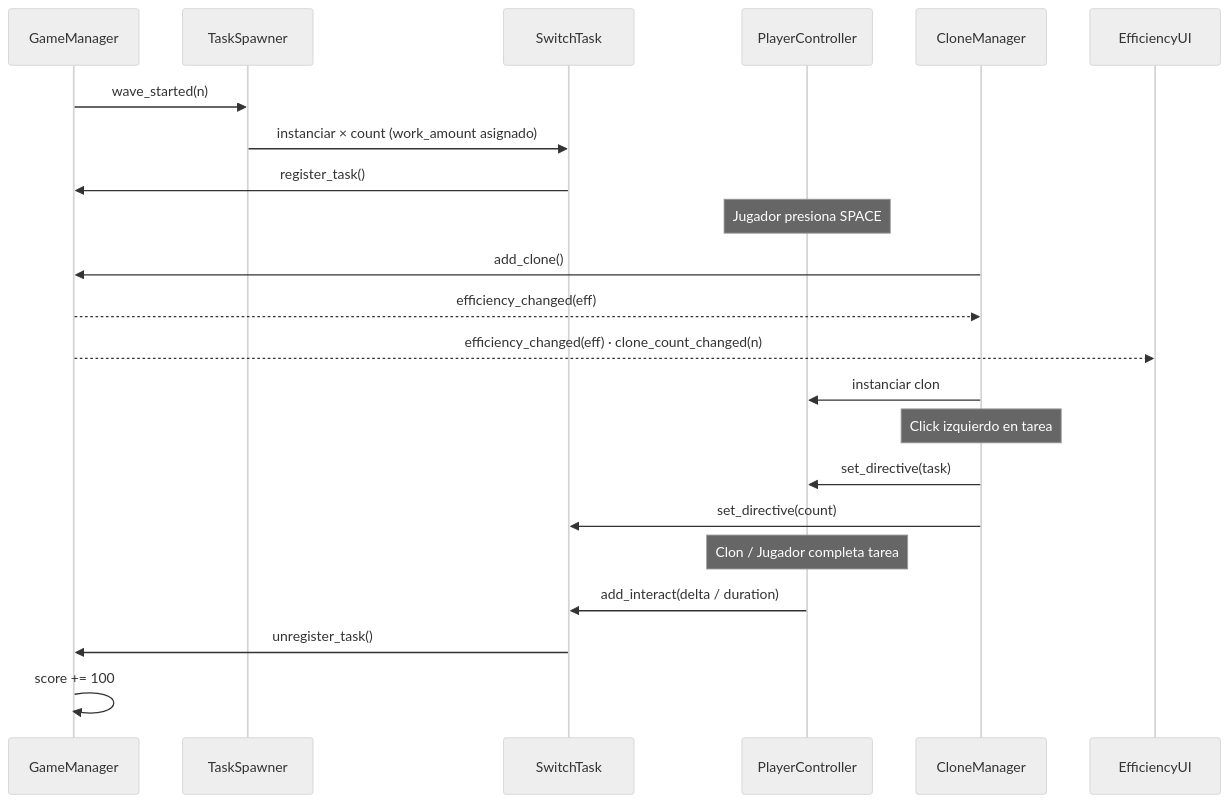
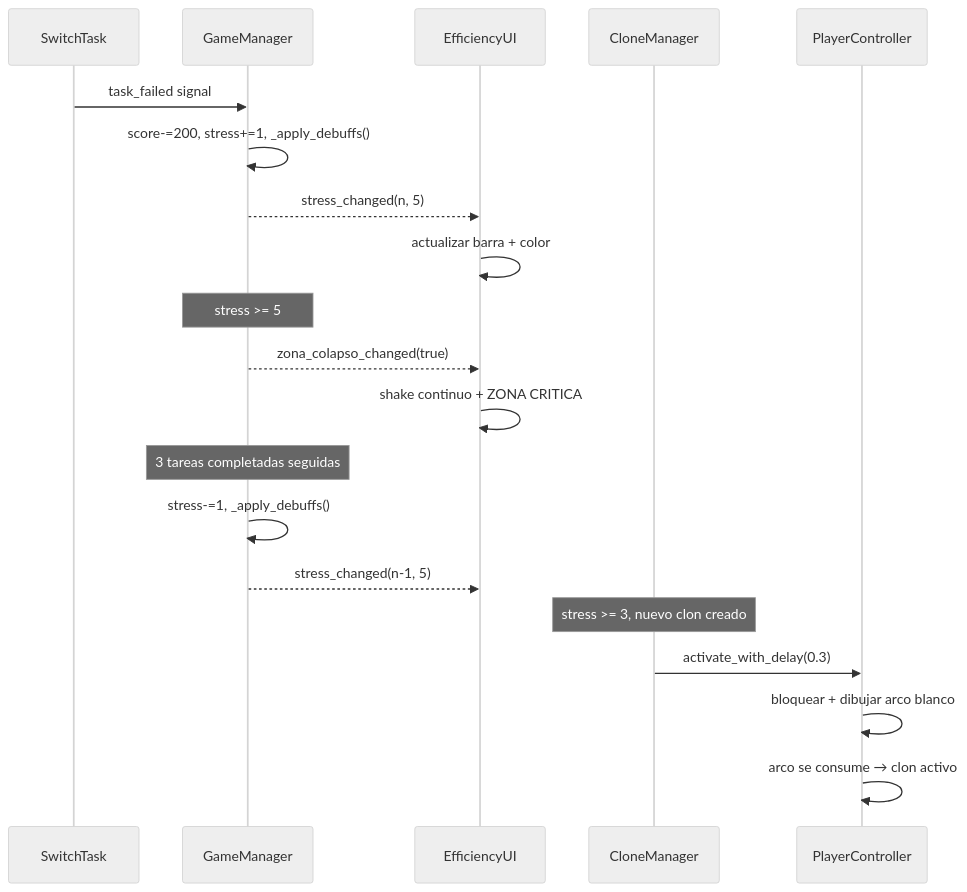
One commit to Carlos-creator/OverSplit changed the second of 2 diagrams in README.md. Above: the diagram before and after it, drawn with Mermaid (neutral theme). The commit also changed other lines of this file and 8 other files, not shown here.

````diff
--- a/README.md
+++ b/README.md
@@ -243,28 +264,26 @@
 ```mermaid
 sequenceDiagram
+    participant T as SwitchTask
     participant GM as GameManager
-    participant SP as TaskSpawner
-    participant T  as SwitchTask
-    participant P  as PlayerController
+    participant UI as EfficiencyUI
     participant CM as CloneManager
-    participant UI as EfficiencyUI
+    participant PC as PlayerController
 
-    GM->>SP: wave_started(n)
-    SP->>T: instanciar × count (work_amount asignado)
-    T->>GM: register_task()
+    T->>GM: task_failed signal
+    GM->>GM: score-=200, stress+=1, _apply_debuffs()
+    GM-->>UI: stress_changed(n, 5)
+    UI->>UI: actualizar barra + color
 
-    Note over P: Jugador presiona SPACE
-    CM->>GM: add_clone()
-    GM-->>CM: efficiency_changed(eff)
-    GM-->>UI: efficiency_changed(eff) · clone_count_changed(n)
-    CM->>P: instanciar clon
+    Note over GM: stress >= 5
+    GM-->>UI: zona_colapso_changed(true)
+    UI->>UI: shake continuo + ZONA CRITICA
 
-    Note over CM: Click izquierdo en tarea
-    CM->>P: set_directive(task)
-    CM->>T: set_directive(count)
+    Note over GM: 3 tareas completadas seguidas
+    GM->>GM: stress-=1, _apply_debuffs()
+    GM-->>UI: stress_changed(n-1, 5)
 
-    Note over P: Clon / Jugador completa tarea
-    P->>T: add_interact(delta / duration)
-    T->>GM: unregister_task()
-    GM->>GM: score += 100
+    Note over CM: stress >= 3, nuevo clon creado
+    CM->>PC: activate_with_delay(0.3)
+    PC->>PC: bloquear + dibujar arco blanco
+    PC->>PC: arco se consume → clon activo
 ```
````
